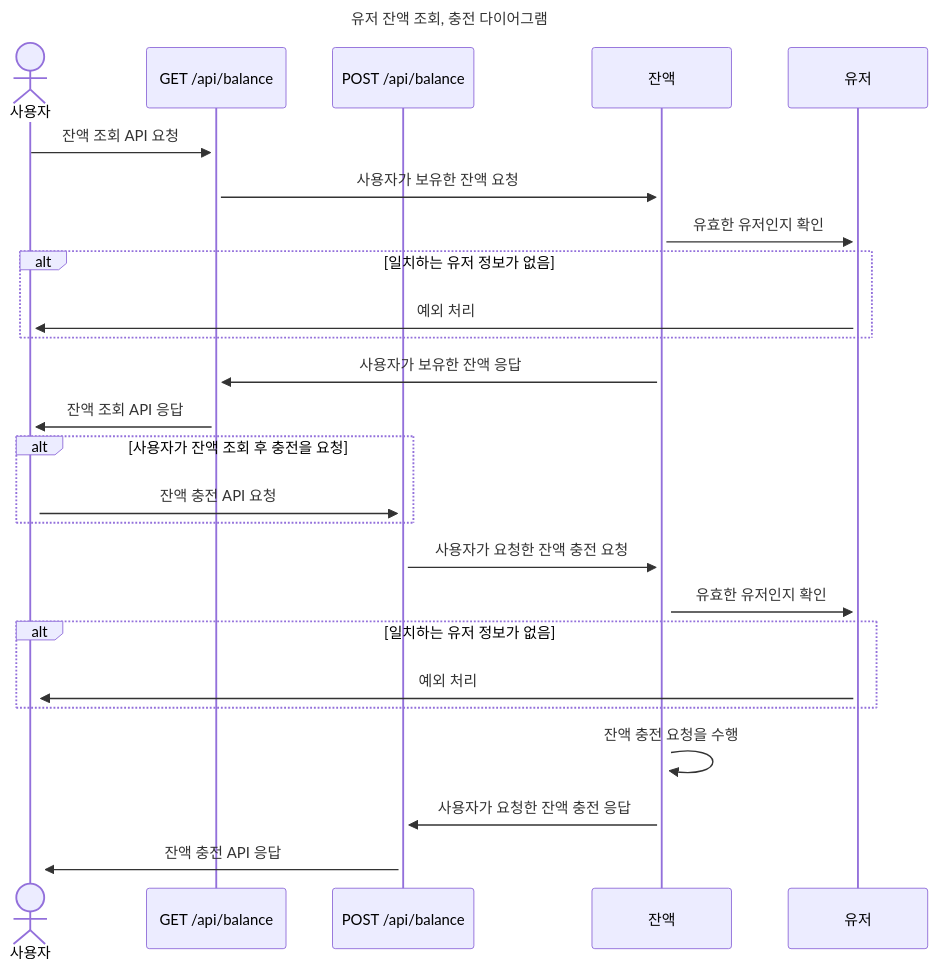
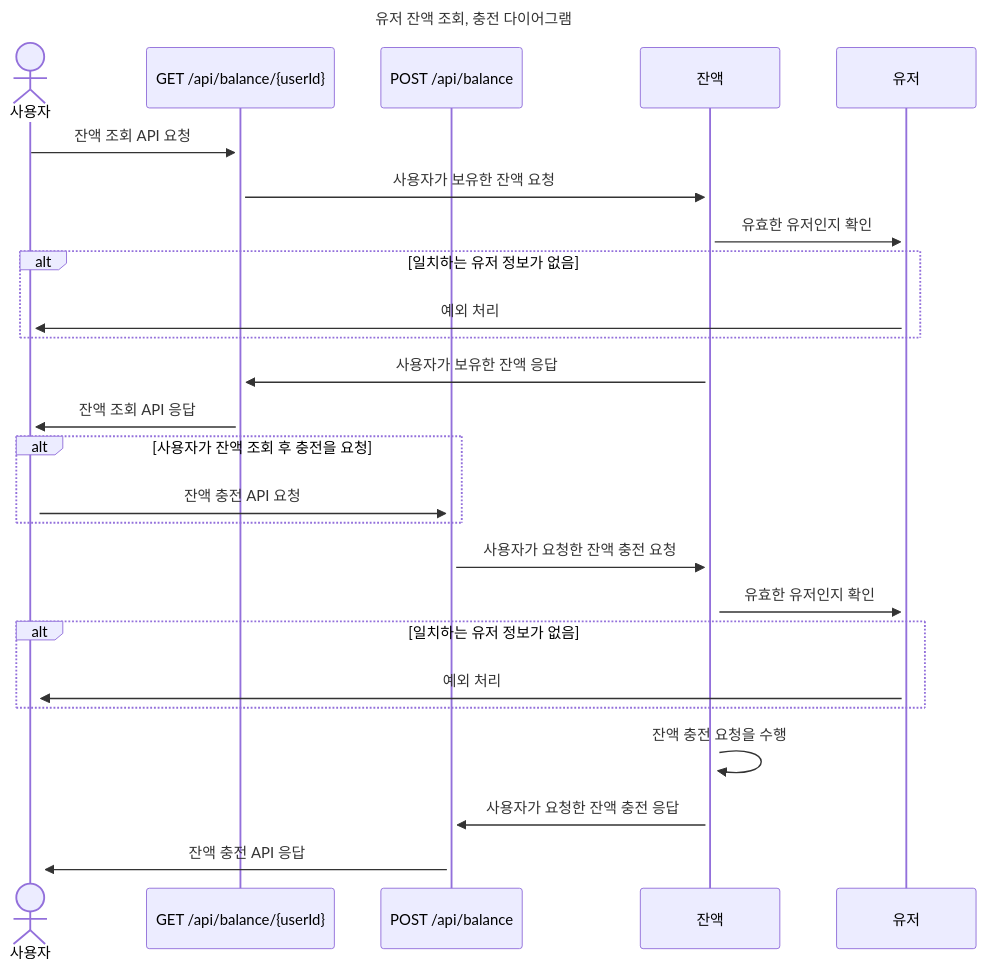
One commit to vvoohhee/concert-system changed the diagram in document/diagram/sequence/Balance.md. Above: the diagram before and after it, drawn with Mermaid. The commit also changed 3 other files, not shown here.

````diff
--- a/document/diagram/sequence/Balance.md
+++ b/document/diagram/sequence/Balance.md
@@ -11,40 +11,40 @@
 ```mermaid
 sequenceDiagram
     title 유저 잔액 조회, 충전 다이어그램
     actor 사용자
-    participant getapi as GET /api/balance
+    participant getapi as GET /api/balance/{userId}
     participant postapi as POST /api/balance
     participant 잔액
     participant 유저
 
     사용자 ->>+ getapi : 잔액 조회 API 요청
     
     getapi ->>+ 잔액 : 사용자가 보유한 잔액 요청
     
     잔액 ->>+ 유저 : 유효한 유저인지 확인
     alt 일치하는 유저 정보가 없음
         유저 ->>+ 사용자 : 예외 처리
     end
     
     잔액 ->>+ getapi : 사용자가 보유한 잔액 응답
 
     getapi ->>+ 사용자 : 잔액 조회 API 응답
     
     alt 사용자가 잔액 조회 후 충전을 요청
         사용자 ->>+ postapi : 잔액 충전 API 요청
     end
     
     postapi ->>+ 잔액 : 사용자가 요청한 잔액 충전 요청
 
     잔액 ->>+ 유저 : 유효한 유저인지 확인
     alt 일치하는 유저 정보가 없음
         유저 ->>+ 사용자 : 예외 처리
     end
     
     잔액 ->>+ 잔액 : 잔액 충전 요청을 수행
     
     잔액 ->>+ postapi : 사용자가 요청한 잔액 충전 응답
     
     postapi ->>+ 사용자 : 잔액 충전 API 응답
 
 ```
````
